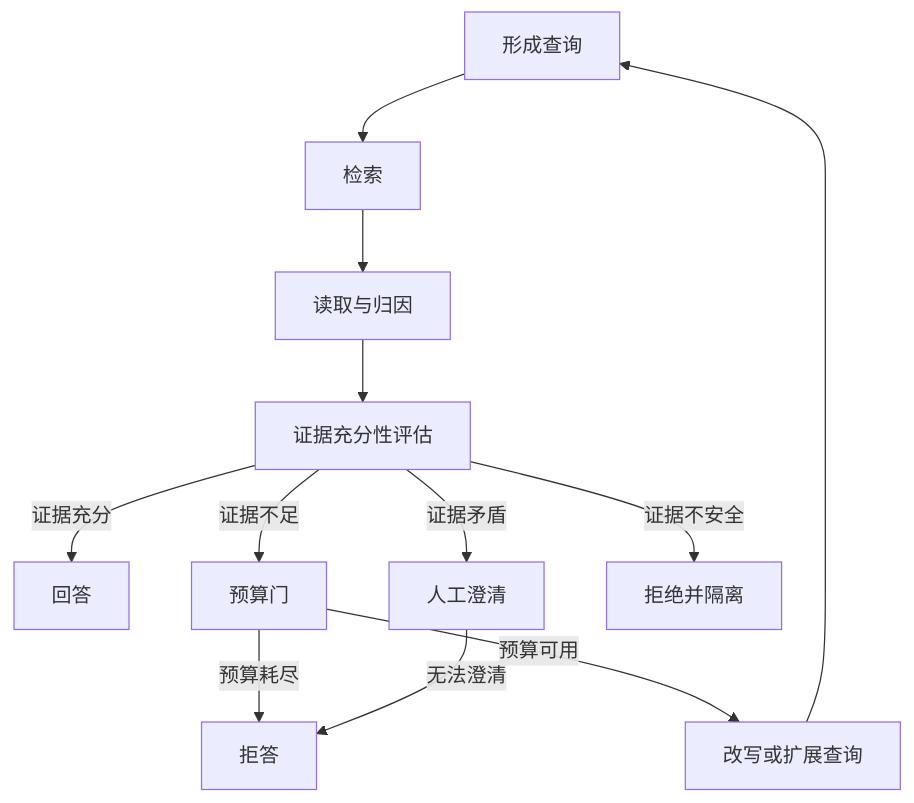
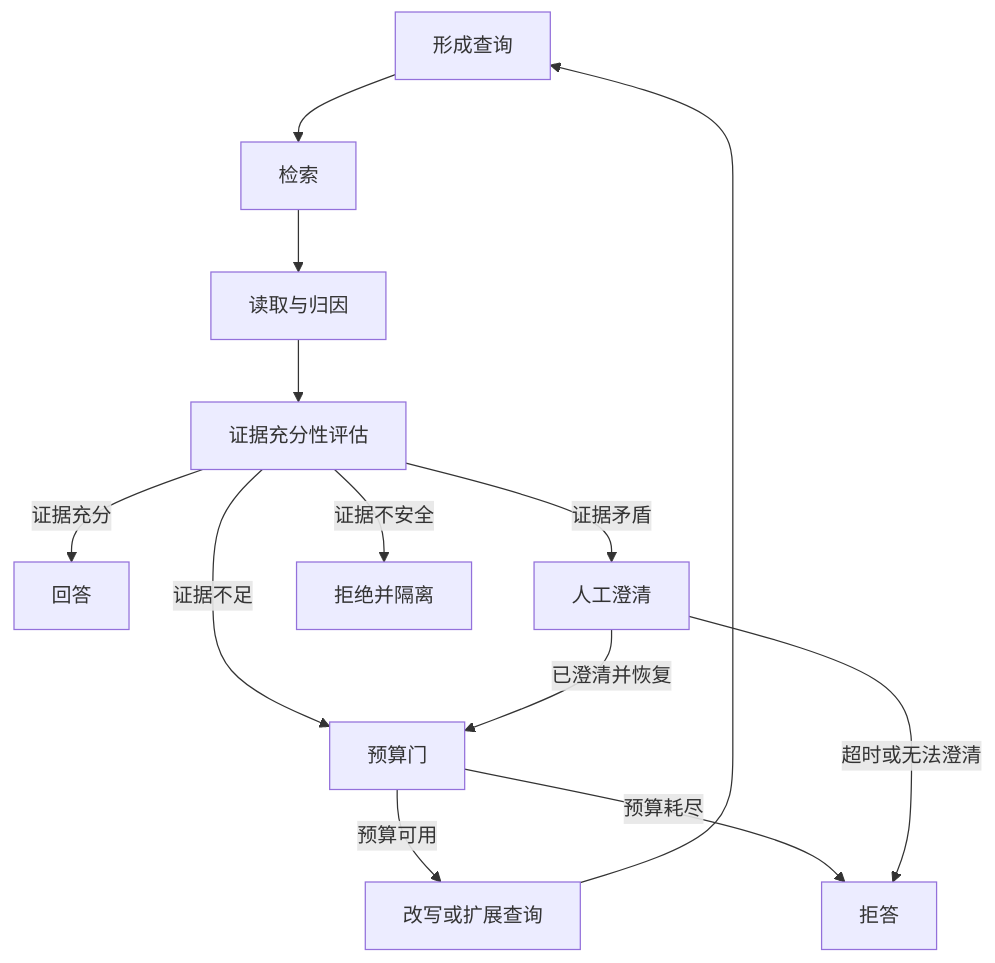
One commit to sealday/tego-arch changed the diagram in content/patterns/agt-p-02-agentic-rag.mdx. Above: the diagram before and after it, drawn with Mermaid. The commit also changed other lines of this file and 6 other files, not shown here.

Commit message:
fix(agentic): clarify rag recovery and Mermaid keyboard access

````diff
--- a/content/patterns/agt-p-02-agentic-rag.mdx
+++ b/content/patterns/agt-p-02-agentic-rag.mdx
@@ -104,14 +104,15 @@
 ```mermaid
 flowchart TB
     FORM_QUERY["形成查询"] --> RETRIEVE["检索"]
     RETRIEVE --> READ_ATTRIBUTE["读取与归因"]
     READ_ATTRIBUTE --> SUFFICIENCY["证据充分性评估"]
     SUFFICIENCY -->|证据充分| ANSWER["回答"]
     SUFFICIENCY -->|证据不足| BUDGET_GATE["预算门"]
     SUFFICIENCY -->|证据矛盾| HUMAN_CLARIFY["人工澄清"]
     SUFFICIENCY -->|证据不安全| REJECT_QUARANTINE["拒绝并隔离"]
     BUDGET_GATE -->|预算可用| REFORMULATE["改写或扩展查询"]
     BUDGET_GATE -->|预算耗尽| REFUSE["拒答"]
     REFORMULATE --> FORM_QUERY
-    HUMAN_CLARIFY -->|无法澄清| REFUSE
+    HUMAN_CLARIFY -->|已澄清并恢复| BUDGET_GATE
+    HUMAN_CLARIFY -->|超时或无法澄清| REFUSE
 ```
````
